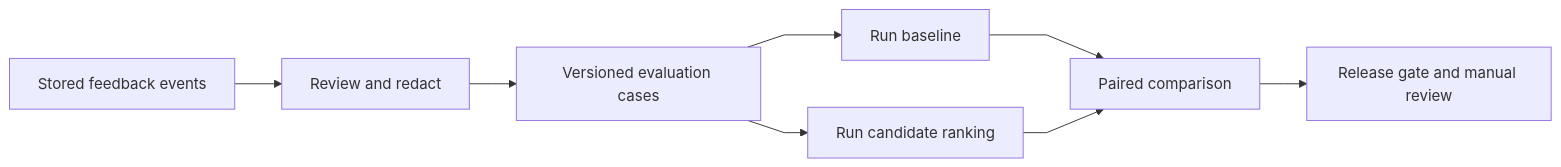
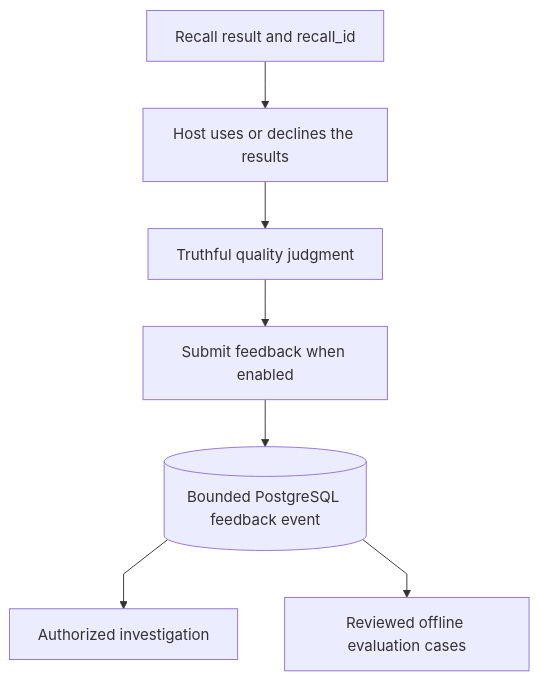
The first of 2 diagrams in Recall-Feedback.md (markhuangai/dense-mem), drawn with Mermaid before and after one commit. The commit also changed other lines of this file and 34 other files, not shown here.

````diff
--- a/Recall-Feedback.md
+++ b/Recall-Feedback.md
@@ -161,11 +7,10 @@
 ```mermaid
 %%{init: {"flowchart": {"curve": "linear"}}}%%
-flowchart LR
-  Events["Stored feedback events"] --> Redact["Review and redact"]
-  Redact --> Cases["Versioned evaluation cases"]
-  Cases --> Baseline["Run baseline"]
-  Cases --> Candidate["Run candidate ranking"]
-  Baseline --> Compare["Paired comparison"]
-  Candidate --> Compare
-  Compare --> Gate["Release gate and manual review"]
+flowchart TB
+  Recall["Recall result and recall_id"] --> Use["Host uses or declines the results"]
+  Use --> Judge["Truthful quality judgment"]
+  Judge --> Submit["Submit feedback when enabled"]
+  Submit --> Event[("Bounded PostgreSQL feedback event")]
+  Event --> Operator["Authorized investigation"]
+  Event --> Offline["Reviewed offline evaluation cases"]
 ```
````
